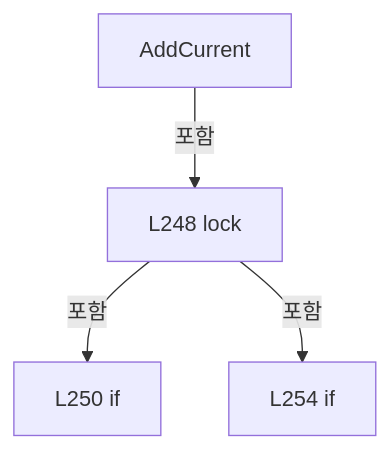
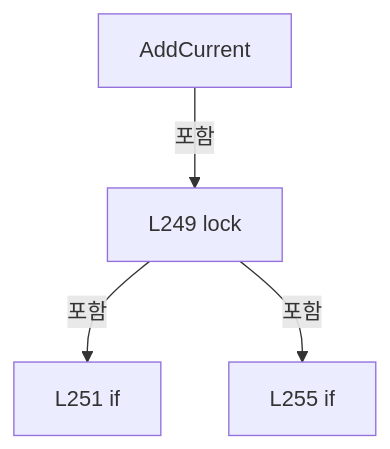
One commit to kjuws10-rgb/Shared changed the eighth of 21 diagrams in A3 LD Code Ref/files/Drilling.Common/Alarm/CAlarmManager.cs.md. Above: the diagram before and after it, drawn with Mermaid. The commit also changed other lines of this file and 2071 other files, not shown here.

Commit message:
docs(a3): update 11.19.0 architecture and code reference

````diff
--- a/A3 LD Code Ref/files/Drilling.Common/Alarm/CAlarmManager.cs.md
+++ b/A3 LD Code Ref/files/Drilling.Common/Alarm/CAlarmManager.cs.md
@@ -1646,10 +1646,10 @@
 ```mermaid
 flowchart TD
  M["AddCurrent"]
- N0["L248 lock"]
+ N0["L249 lock"]
  M -->|포함| N0
- N1["L250 if"]
+ N1["L251 if"]
  N0 -->|포함| N1
- N2["L254 if"]
+ N2["L255 if"]
  N0 -->|포함| N2
 ```
````
